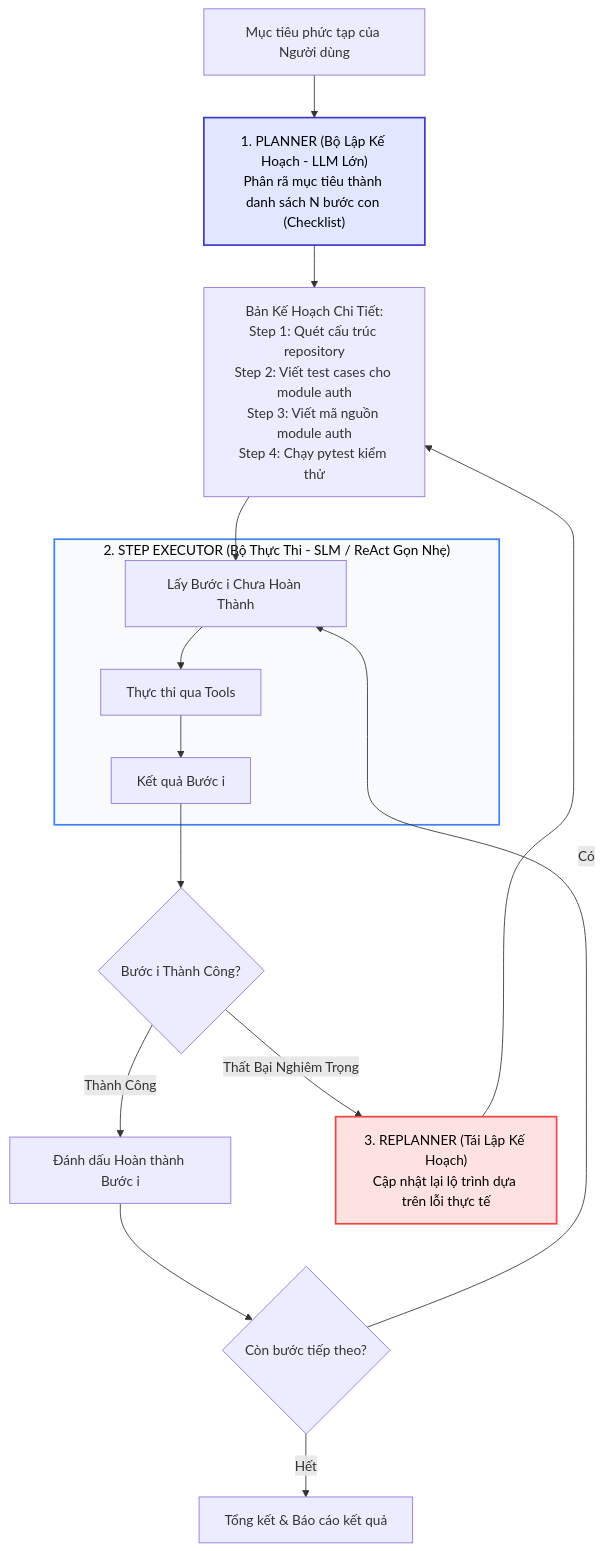
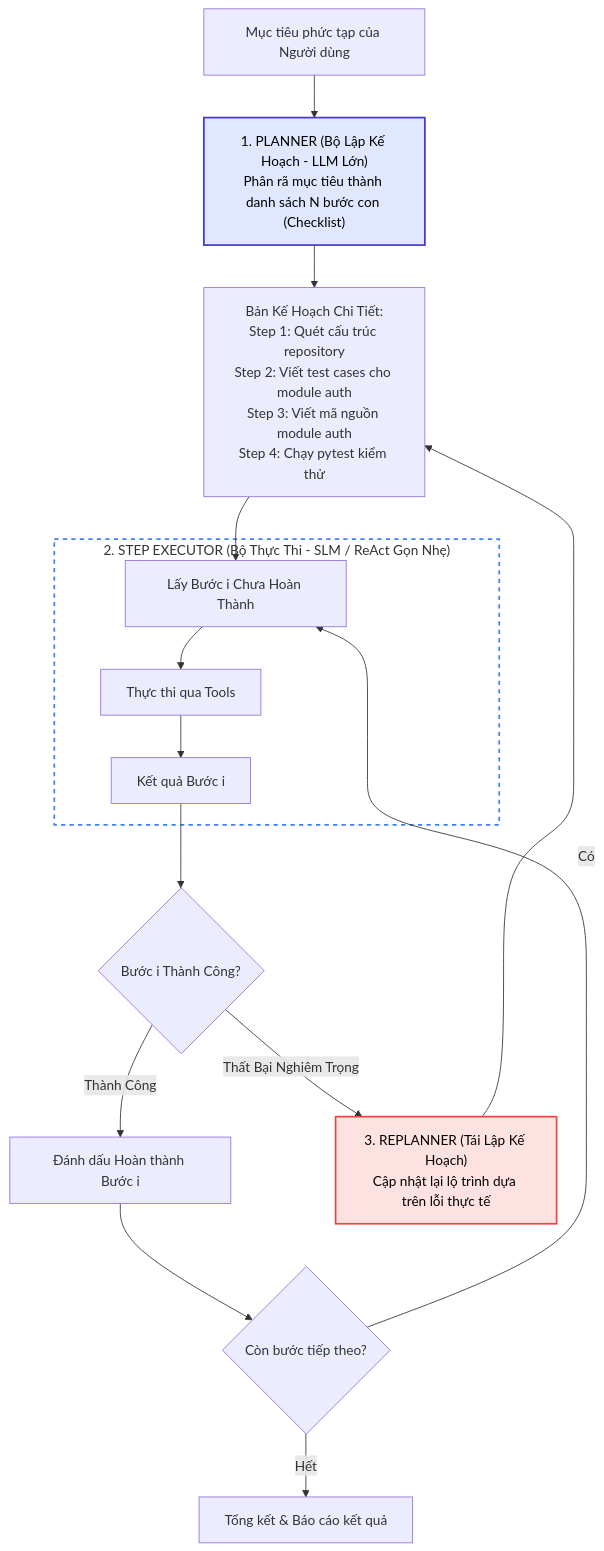
The third of 4 diagrams in 03-building-agents/03-loop-engineering/02_react_and_planning.md (LeNguyenHaiDuong/agent_course), drawn with Mermaid before and after one commit. The commit also changed other lines of this file and 4 other files, not shown here.

First line of the commit message:
fix(diagrams): resolve contrast issues, integrate master mindmap, and restructure 7-layer architecture

````diff
--- a/03-building-agents/03-loop-engineering/02_react_and_planning.md
+++ b/03-building-agents/03-loop-engineering/02_react_and_planning.md
@@ -109,26 +106,26 @@
 ```mermaid
 flowchart TD
     UserGoal["Mục tiêu phức tạp của Người dùng"] --> Planner["1. PLANNER (Bộ Lập Kế Hoạch - LLM Lớn)\nPhân rã mục tiêu thành danh sách N bước con (Checklist)"]
     
     Planner --> PlanChecklist["Bản Kế Hoạch Chi Tiết:\nStep 1: Quét cấu trúc repository\nStep 2: Viết test cases cho module auth\nStep 3: Viết mã nguồn module auth\nStep 4: Chạy pytest kiểm thử"]
 
     subgraph ExecutionEngine["2. STEP EXECUTOR (Bộ Thực Thi - SLM / ReAct Gọn Nhẹ)"]
         ExecStep["Lấy Bước i Chưa Hoàn Thành"] --> RunStep["Thực thi qua Tools"]
         RunStep --> StepObs["Kết quả Bước i"]
     end
 
     PlanChecklist --> ExecStep
     StepObs --> Verifier{"Bước i Thành Công?"}
 
     Verifier -- "Thành Công" --> MarkDone["Đánh dấu Hoàn thành Bước i"]
     MarkDone --> MoreSteps{"Còn bước tiếp theo?"}
     MoreSteps -- "Có" --> ExecStep
     MoreSteps -- "Hết" --> FinalReport["Tổng kết & Báo cáo kết quả"]
 
     Verifier -- "Thất Bại Nghiêm Trọng" --> Replanner["3. REPLANNER (Tái Lập Kế Hoạch)\nCập nhật lại lộ trình dựa trên lỗi thực tế"]
     Replanner --> PlanChecklist
 
     style Planner fill:#e0e7ff,stroke:#4338ca,stroke-width:2px,color:#000000
-    style ExecutionEngine fill:#f8fafc,stroke:#3b82f6,stroke-width:2px,color:#000000
+    style ExecutionEngine fill:none,stroke:#3b82f6,stroke-width:2px,stroke-dasharray: 5 5
     style Replanner fill:#fee2e2,stroke:#ef4444,stroke-width:2px,color:#000000
 ```
````
